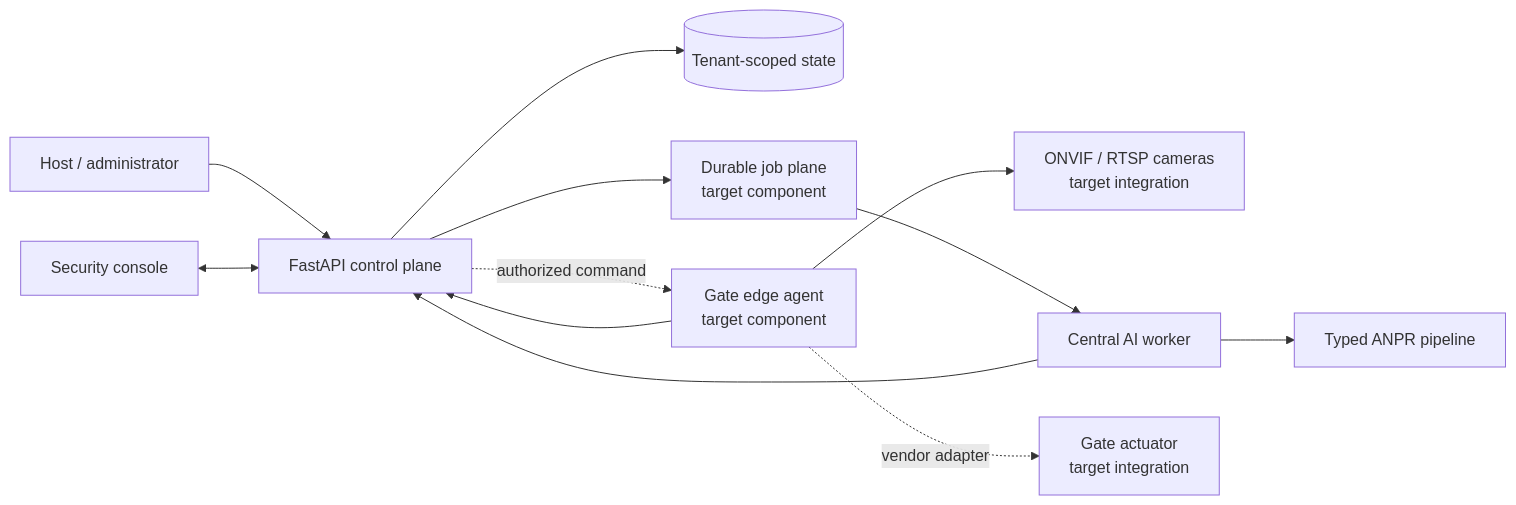
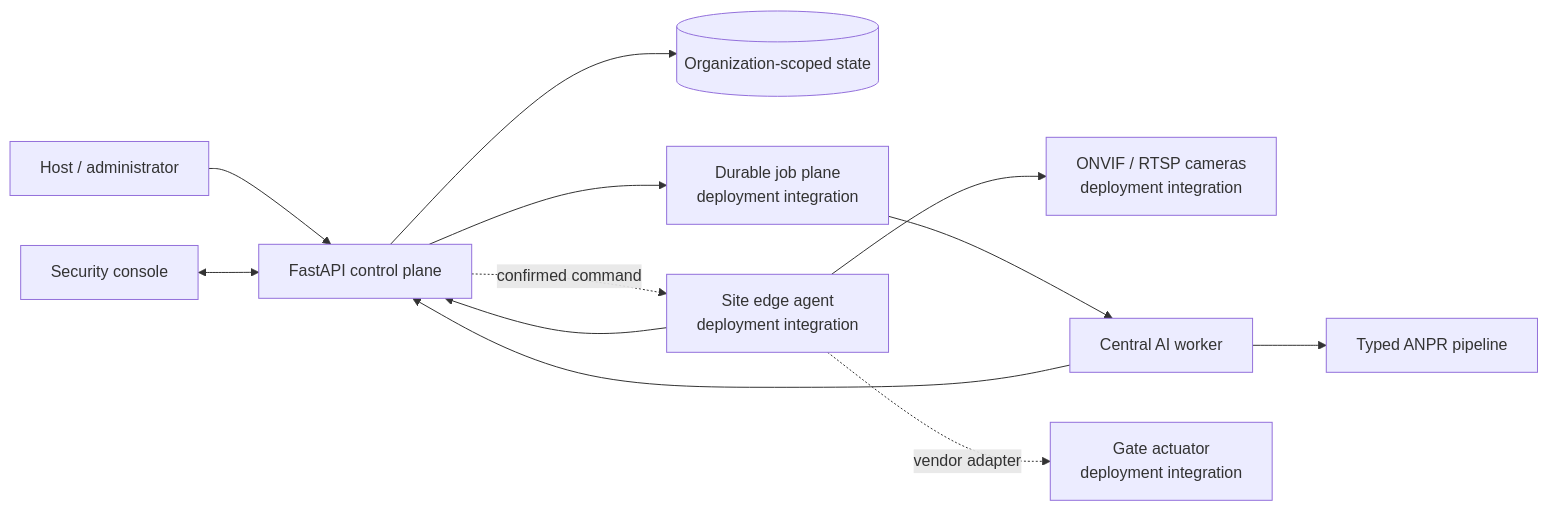
One commit to Mohemed-Amine-Chalhy/number-plate-recognition changed the diagram in README.md. Above: the diagram before and after it, drawn with Mermaid. The commit also changed other lines of this file and 20 other files, not shown here.

````diff
--- a/README.md
+++ b/README.md
@@ -132,14 +128,14 @@
 ```mermaid
 flowchart LR
     Host[Host / administrator] --> API[FastAPI control plane]
     Security[Security console] <--> API
-    API --> DB[(Tenant-scoped state)]
-    Edge[Gate edge agent<br/>target component] --> API
-    Edge --> Camera[ONVIF / RTSP cameras<br/>target integration]
-    API --> Queue[Durable job plane<br/>target component]
+    API --> DB[(Organization-scoped state)]
+    Edge[Site edge agent<br/>deployment integration] --> API
+    Edge --> Camera[ONVIF / RTSP cameras<br/>deployment integration]
+    API --> Queue[Durable job plane<br/>deployment integration]
     Queue --> Worker[Central AI worker]
     Worker --> Models[Typed ANPR pipeline]
     Worker --> API
-    API -. authorized command .-> Edge
-    Edge -. vendor adapter .-> Barrier[Gate actuator<br/>target integration]
+    API -. confirmed command .-> Edge
+    Edge -. vendor adapter .-> Barrier[Gate actuator<br/>deployment integration]
 ```
````
